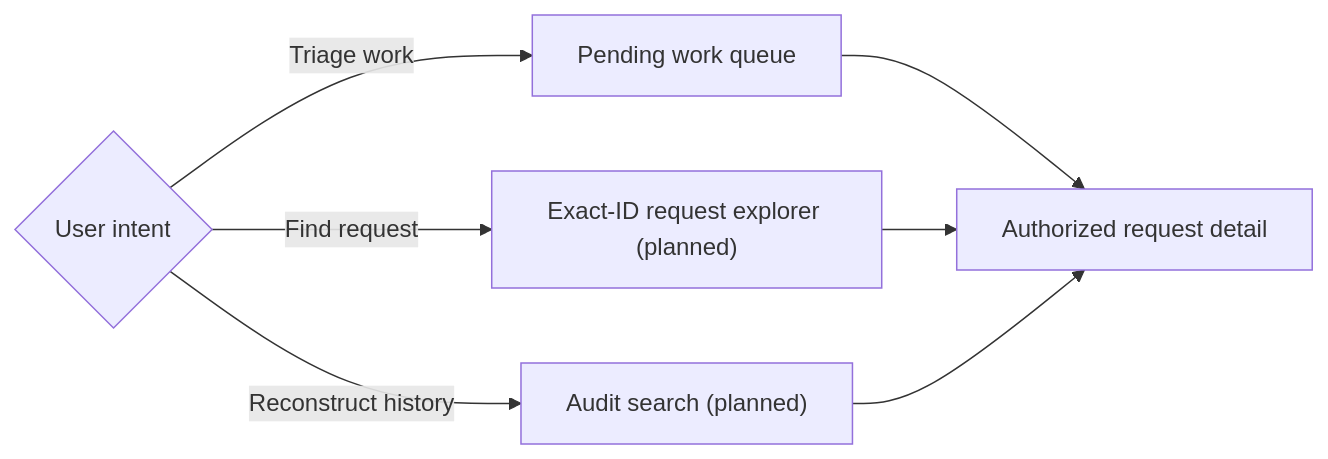
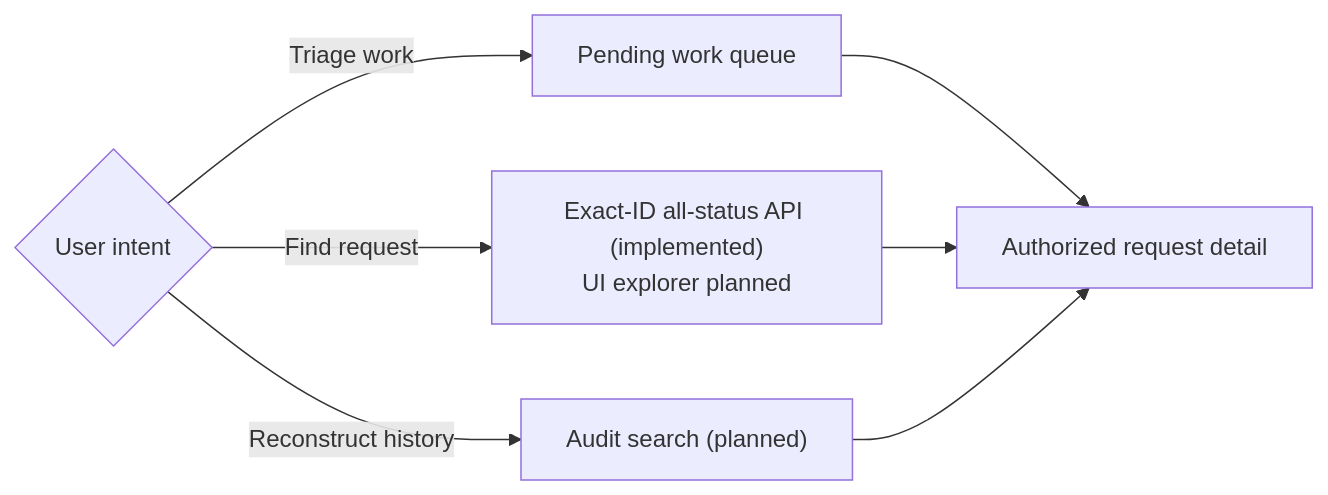
Before and after one commit to Dev-Luigy/automation_luigygabriel: the third of 4 diagrams in docs/ux-and-localization.md, drawn with Mermaid. The commit also changed other lines of this file and 13 other files, not shown here.

Commit message:
docs: finalize assessment architecture and report

````diff
--- a/docs/ux-and-localization.md
+++ b/docs/ux-and-localization.md
@@ -110,15 +112,15 @@
 ```mermaid
 flowchart LR
     intent{User intent}
     pending["Pending work queue"]
-    request["Exact-ID request explorer (planned)"]
+    request["Exact-ID all-status API (implemented)\nUI explorer planned"]
     audit["Audit search (planned)"]
     detail["Authorized request detail"]
 
     intent -->|"Triage work"| pending
     intent -->|"Find request"| request
     intent -->|"Reconstruct history"| audit
     pending --> detail
     request --> detail
     audit --> detail
 ```
````
